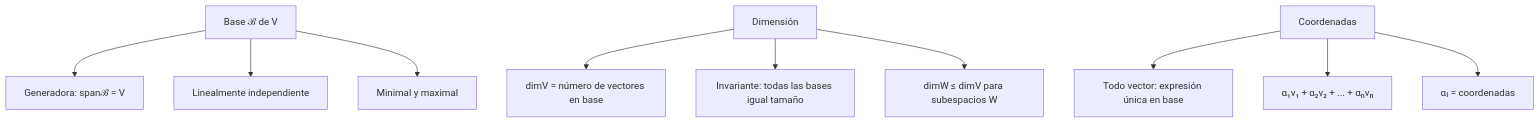
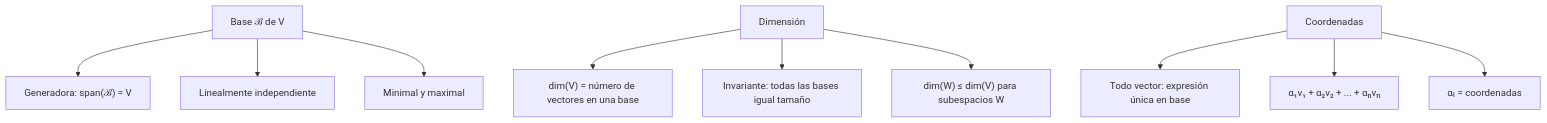
One commit to djaimej/computer-science-template changed the third of 4 diagrams in public/documents/semester-3/1/3115.md. Above: the diagram before and after it, drawn with Mermaid. The commit also changed other lines of this file and 34 other files, not shown here.

````diff
--- a/public/documents/semester-3/1/3115.md
+++ b/public/documents/semester-3/1/3115.md
@@ -491,18 +495,18 @@
 ```mermaid
 graph TD
-    A[Base ℬ de V] --> B[Generadora: spanℬ = V]
+    A[Base ℬ de V] --> B["Generadora: span(ℬ) = V"]
     A --> C[Linealmente independiente]
     A --> D[Minimal y maximal]
 
-    E[Dimensión] --> F[dimV = número de vectores en base]
+    E[Dimensión] --> F["dim(V) = número de vectores en una base"]
     E --> G[Invariante: todas las bases igual tamaño]
-    E --> H[dimW ≤ dimV para subespacios W]
+    E --> H["dim(W) ≤ dim(V) para subespacios W"]
 
     I[Coordenadas] --> J[Todo vector: expresión única en base]
     I --> K[α₁v₁ + α₂v₂ + ... + αₙvₙ]
     I --> L[αᵢ = coordenadas]
 
     B:::caribbean
     F:::blue
     J:::pink
 ```
````
